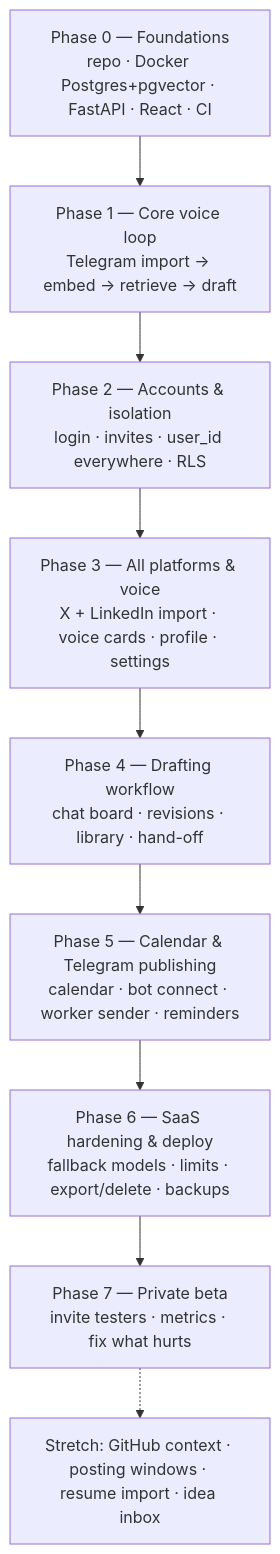
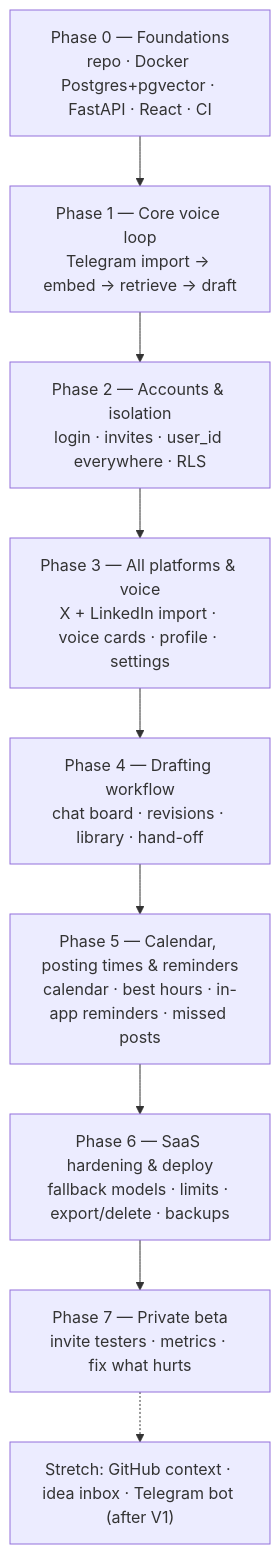
The first of 3 diagrams in docs/BUILD_PLAN.md (fetehadin/post-generator), drawn with Mermaid before and after one commit. The commit also changed other lines of this file and 7 other files, not shown here.

First line of the commit message:
docs: SRS 1.3: Telegram as a hand-off, chat board threads, best posting hours (#44)

````diff
--- a/docs/BUILD_PLAN.md
+++ b/docs/BUILD_PLAN.md
@@ -33,13 +33,13 @@
 ```mermaid
 flowchart TD
     P0["Phase 0 — Foundations<br/>repo · Docker Postgres+pgvector · FastAPI · React · CI"]
     P1["Phase 1 — Core voice loop<br/>Telegram import → embed → retrieve → draft"]
     P2["Phase 2 — Accounts & isolation<br/>login · invites · user_id everywhere · RLS"]
     P3["Phase 3 — All platforms & voice<br/>X + LinkedIn import · voice cards · profile · settings"]
     P4["Phase 4 — Drafting workflow<br/>chat board · revisions · library · hand-off"]
-    P5["Phase 5 — Calendar & Telegram publishing<br/>calendar · bot connect · worker sender · reminders"]
+    P5["Phase 5 — Calendar, posting times & reminders<br/>calendar · best hours · in-app reminders · missed posts"]
     P6["Phase 6 — SaaS hardening & deploy<br/>fallback models · limits · export/delete · backups"]
     P7["Phase 7 — Private beta<br/>invite testers · metrics · fix what hurts"]
     P0 --> P1 --> P2 --> P3 --> P4 --> P5 --> P6 --> P7
-    P7 -.-> S["Stretch: GitHub context · posting windows · resume import · idea inbox"]
+    P7 -.-> S["Stretch: GitHub context · idea inbox · Telegram bot (after V1)"]
 ```
````
